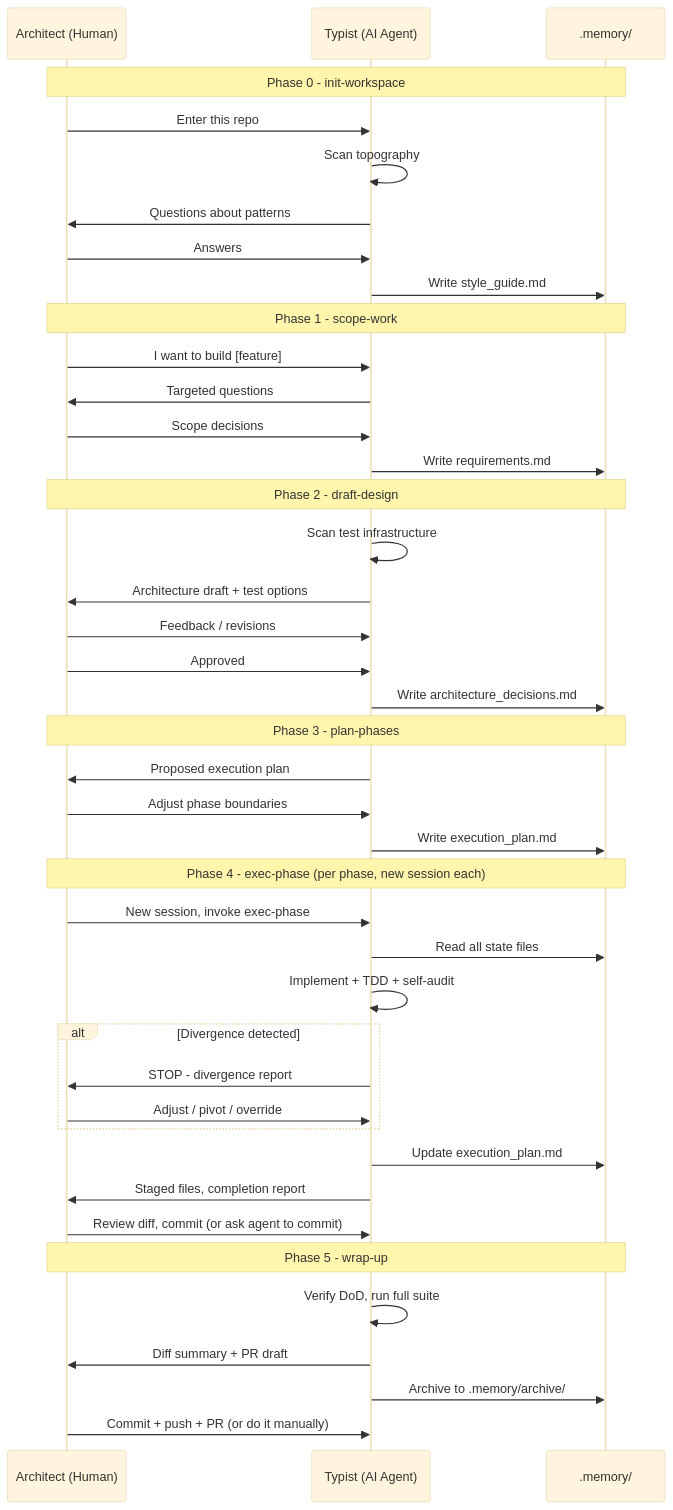
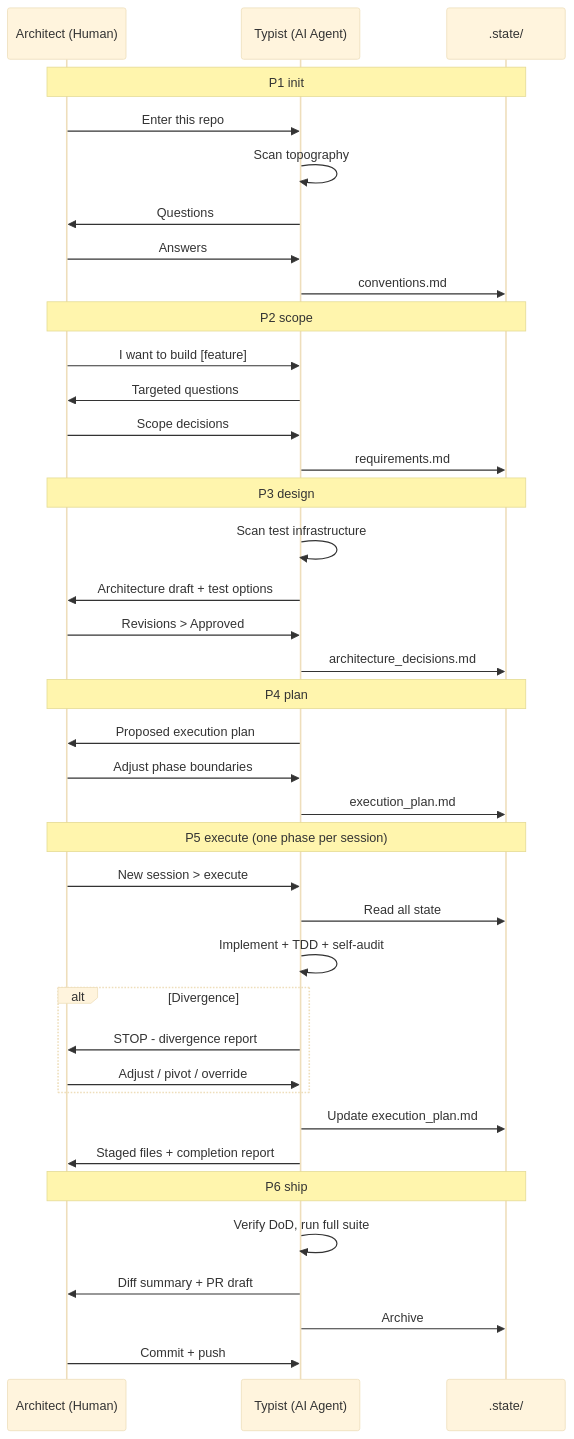
Before and after one commit to aakarshsingh/architect-typist: the second of 3 diagrams in README.md, drawn with Mermaid (base theme). The commit also changed other lines of this file and 40 other files, not shown here.

````diff
--- a/README.md
+++ b/README.md
@@ -92,49 +142,47 @@
 ```mermaid
 sequenceDiagram
     participant A as Architect (Human)
     participant T as Typist (AI Agent)
-    participant M as .memory/
+    participant S as .state/
 
-    Note over A,M: Phase 0 - init-workspace
+    Note over A,S: P1 init
     A->>T: Enter this repo
     T->>T: Scan topography
-    T->>A: Questions about patterns
+    T->>A: Questions
     A->>T: Answers
-    T->>M: Write style_guide.md
+    T->>S: conventions.md
 
-    Note over A,M: Phase 1 - scope-work
+    Note over A,S: P2 scope
     A->>T: I want to build [feature]
     T->>A: Targeted questions
     A->>T: Scope decisions
-    T->>M: Write requirements.md
+    T->>S: requirements.md
 
-    Note over A,M: Phase 2 - draft-design
+    Note over A,S: P3 design
     T->>T: Scan test infrastructure
     T->>A: Architecture draft + test options
-    A->>T: Feedback / revisions
-    A->>T: Approved
-    T->>M: Write architecture_decisions.md
+    A->>T: Revisions > Approved
+    T->>S: architecture_decisions.md
 
-    Note over A,M: Phase 3 - plan-phases
+    Note over A,S: P4 plan
     T->>A: Proposed execution plan
     A->>T: Adjust phase boundaries
-    T->>M: Write execution_plan.md
+    T->>S: execution_plan.md
 
-    Note over A,M: Phase 4 - exec-phase (per phase, new session each)
-    A->>T: New session, invoke exec-phase
-    T->>M: Read all state files
+    Note over A,S: P5 execute (one phase per session)
+    A->>T: New session > execute
+    T->>S: Read all state
     T->>T: Implement + TDD + self-audit
-    alt Divergence detected
+    alt Divergence
         T->>A: STOP - divergence report
         A->>T: Adjust / pivot / override
     end
-    T->>M: Update execution_plan.md
-    T->>A: Staged files, completion report
-    A->>T: Review diff, commit (or ask agent to commit)
+    T->>S: Update execution_plan.md
+    T->>A: Staged files + completion report
 
-    Note over A,M: Phase 5 - wrap-up
+    Note over A,S: P6 ship
     T->>T: Verify DoD, run full suite
     T->>A: Diff summary + PR draft
-    T->>M: Archive to .memory/archive/
-    A->>T: Commit + push + PR (or do it manually)
+    T->>S: Archive
+    A->>T: Commit + push
 ```
````
